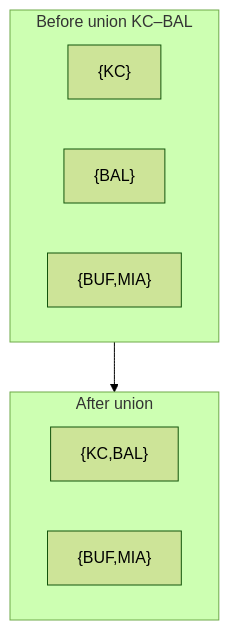
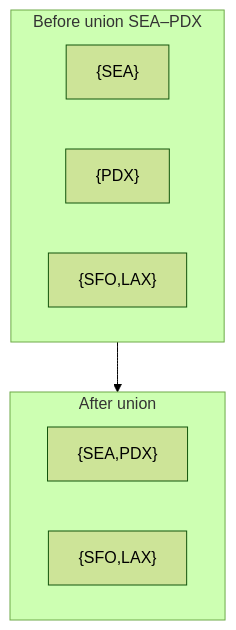
Before and after one commit to qgjones9/python-programming-guide: the first of 4 diagrams in docs/dsa/data-structures/honorable-mention-adt/index.md, drawn with Mermaid (forest theme). The commit also changed other lines of this file and 29 other files, not shown here.

````diff
--- a/docs/dsa/data-structures/honorable-mention-adt/index.md
+++ b/docs/dsa/data-structures/honorable-mention-adt/index.md
@@ -76,13 +76,13 @@
 ```mermaid
 flowchart TB
-  subgraph before["Before union KC–BAL"]
-    A["{KC}"]
-    B["{BAL}"]
-    C["{BUF,MIA}"]
+  subgraph before["Before union SEA–PDX"]
+    A["{SEA}"]
+    B["{PDX}"]
+    C["{SFO,LAX}"]
   end
   subgraph after["After union"]
-    D["{KC,BAL}"]
-    E["{BUF,MIA}"]
+    D["{SEA,PDX}"]
+    E["{SFO,LAX}"]
   end
   before --> after
 ```
````
